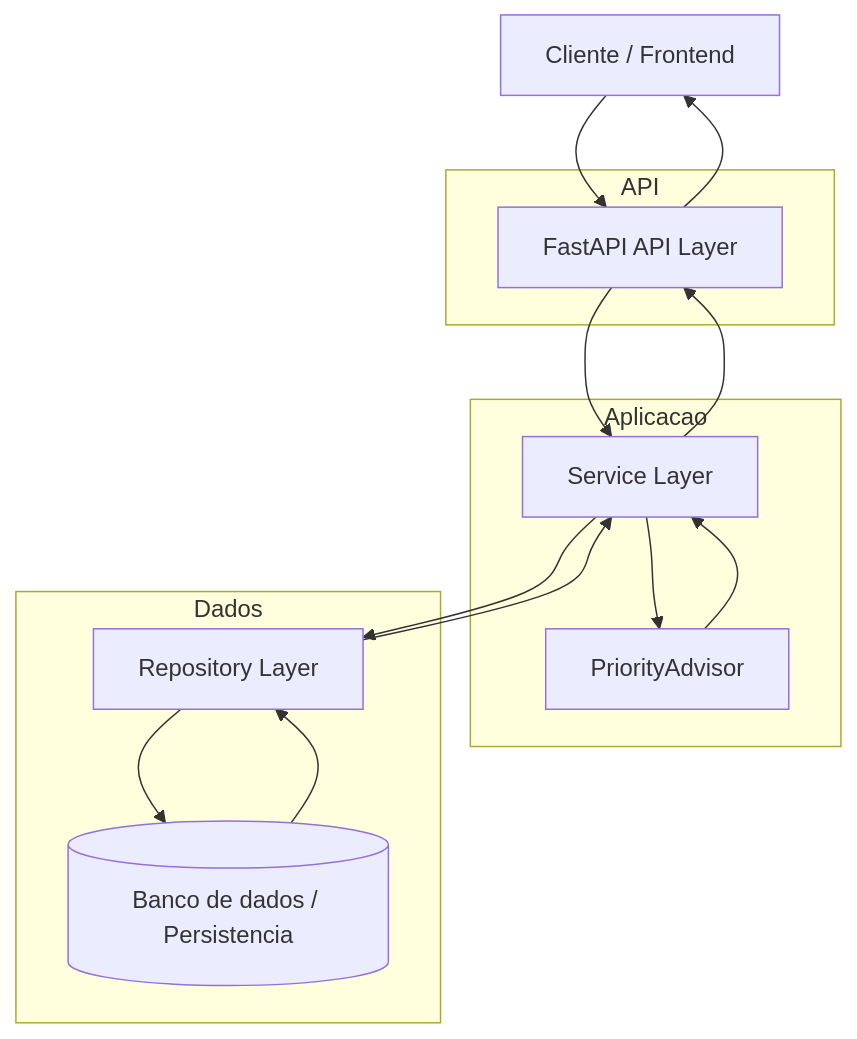
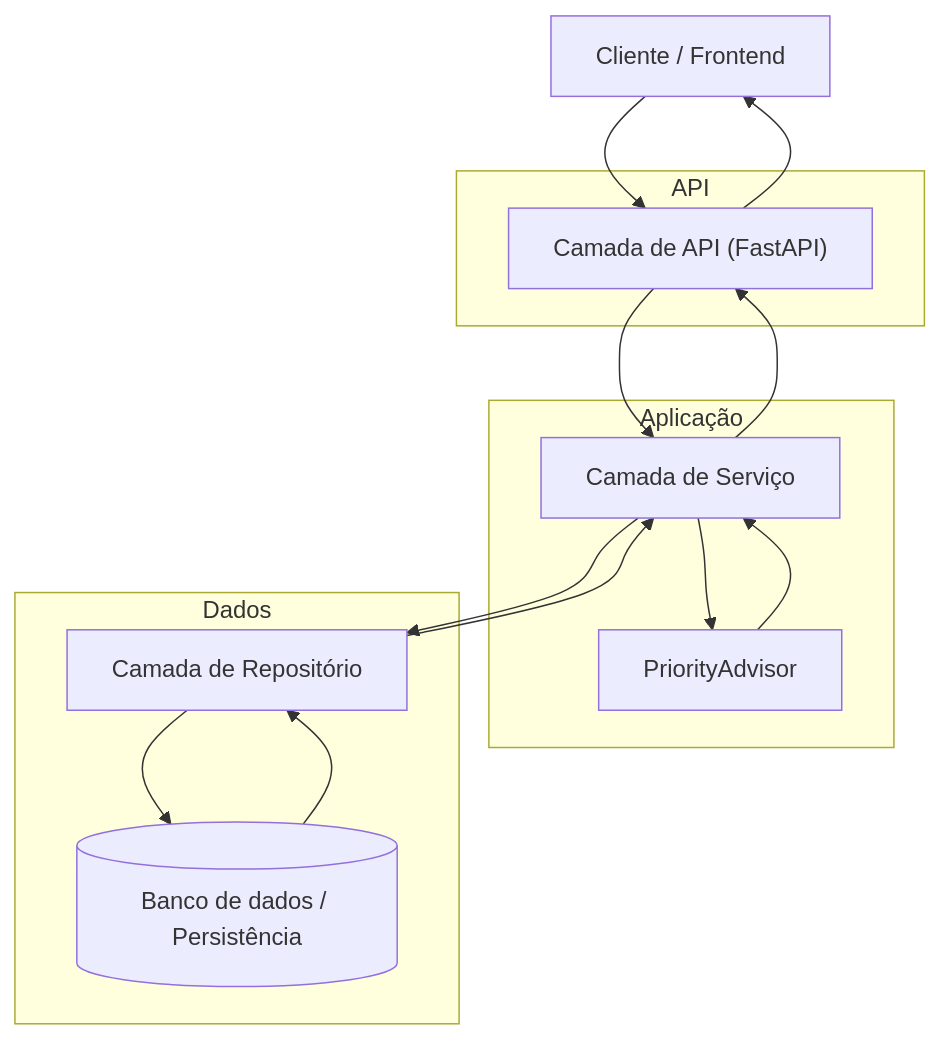
One commit to rogerioCesar/AssistantAct changed the diagram in docs/diagrama-componentes.mmd. Above: the diagram before and after it, drawn with Mermaid.

Commit message:
docs: corrige diagrama de componentes

````diff
--- a/docs/diagrama-componentes.mmd
+++ b/docs/diagrama-componentes.mmd
@@ -1,28 +1,26 @@
-```mermaid
 flowchart TD
-    Client[Cliente / Frontend] --> API[FastAPI API Layer]
-    API --> Service[Service Layer]
-    Service --> Advisor[PriorityAdvisor]
-    Service --> Repository[Repository Layer]
-    Repository --> Storage[(Banco de dados / Persistencia)]
+    Client["Cliente / Frontend"] --> API["Camada de API (FastAPI)"]
+    API --> Service["Camada de Serviço"]
+    Service --> Advisor["PriorityAdvisor"]
+    Service --> Repository["Camada de Repositório"]
+    Repository --> Storage[(Banco de dados / Persistência)]
 
     Advisor --> Service
     Storage --> Repository
     Repository --> Service
     Service --> API
     API --> Client
 
-    subgraph API_Layer[API]
+    subgraph API_Layer["API"]
         API
     end
 
-    subgraph Domain_Layer[Aplicacao]
+    subgraph Domain_Layer["Aplicação"]
         Service
         Advisor
     end
 
-    subgraph Data_Layer[Dados]
+    subgraph Data_Layer["Dados"]
         Repository
         Storage
     end
-```
````
